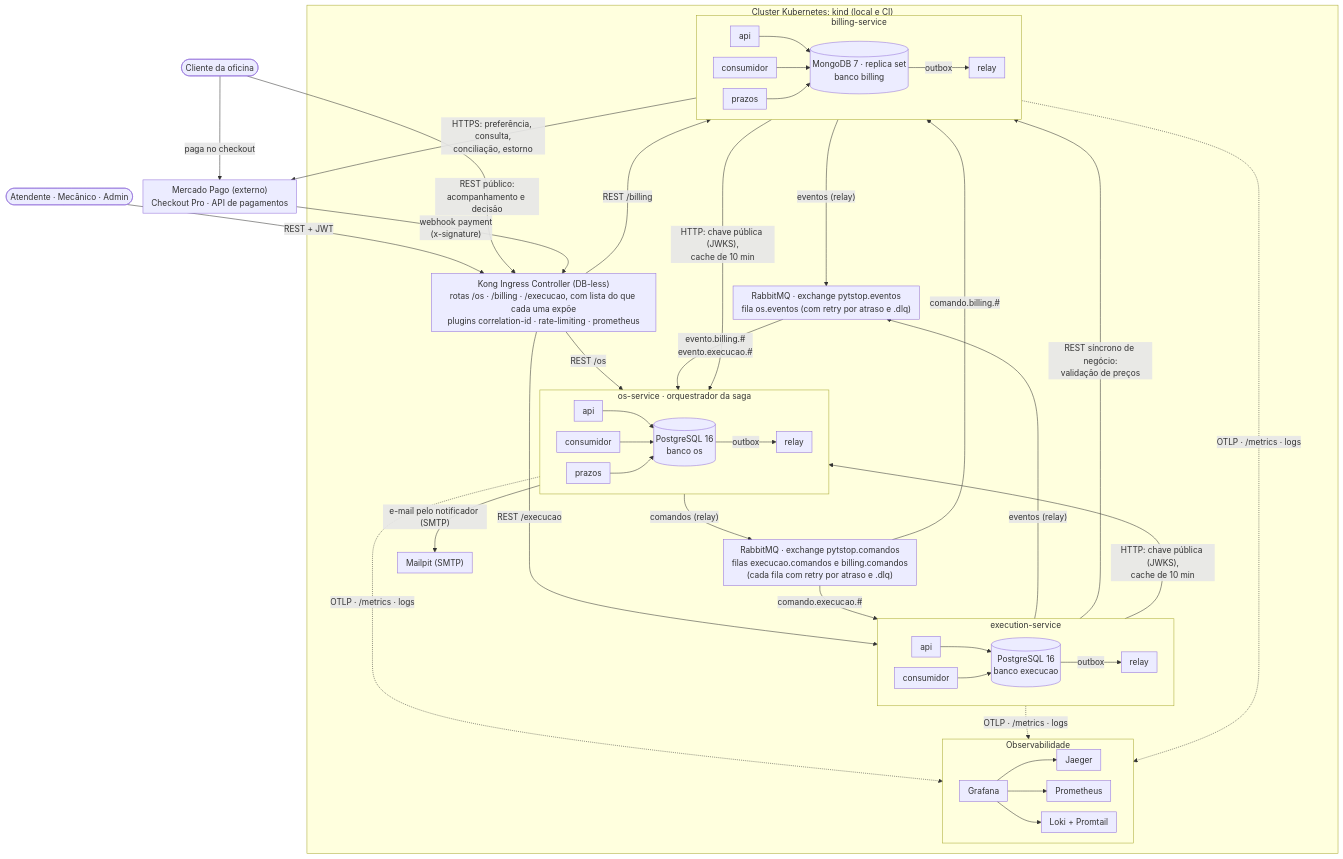
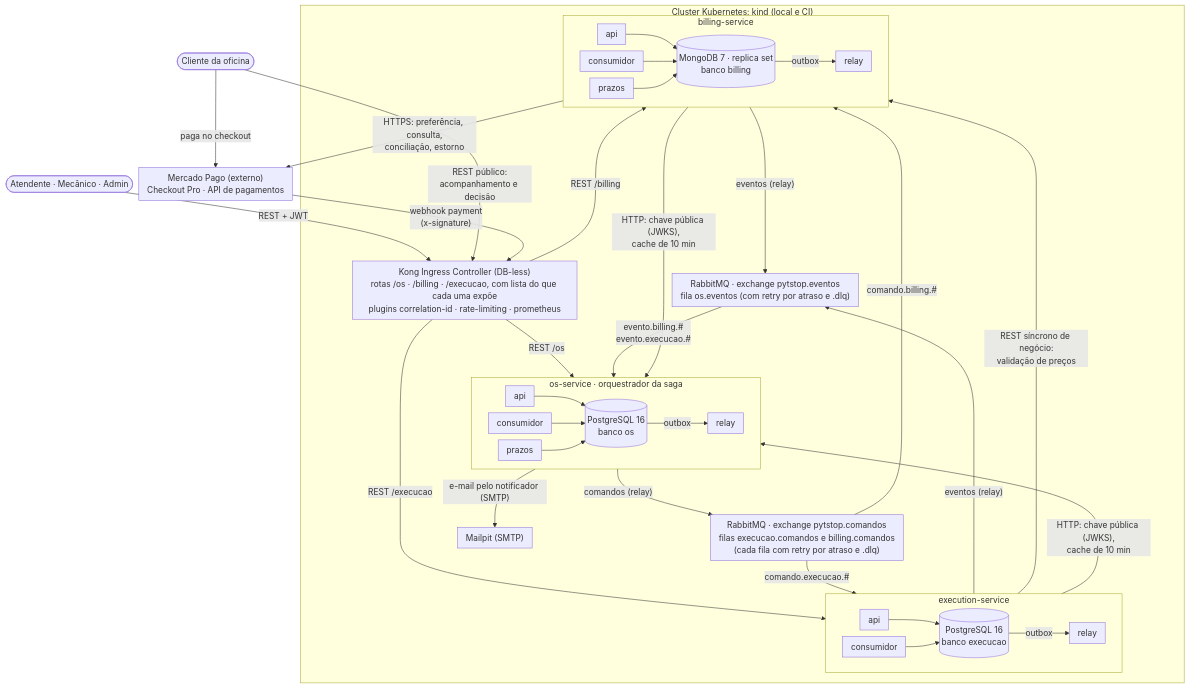
The second of 16 diagrams in docs/arquitetura/rfc/fase4/rfc-004-microsservicos-saga.md (fiap-postech-sw-architecture/postech-sw-arch-p4-platform), drawn with Mermaid before and after one commit. The commit also changed other lines of this file and 7 other files, not shown here.

Commit message:
docs: letra dos diagramas do PDF, recorte do ruleset e Como ler (#45)

````diff
--- a/docs/arquitetura/rfc/fase4/rfc-004-microsservicos-saga.md
+++ b/docs/arquitetura/rfc/fase4/rfc-004-microsservicos-saga.md
@@ -121,73 +121,65 @@
 ```mermaid
 ---
 config:
   flowchart:
     wrappingWidth: 400
-    nodeSpacing: 20
+    nodeSpacing: 12
     rankSpacing: 40
     padding: 8
 ---
 flowchart TB
     interno(["Atendente · Mecânico · Admin"])
     cliente(["Cliente da oficina"])
 
     subgraph k8s["Cluster Kubernetes: kind (local e CI)"]
         kong["Kong Ingress Controller (DB-less)<br/>rotas /os · /billing · /execucao, com lista do que cada uma expõe<br/>plugins correlation-id · rate-limiting · prometheus"]
 
         subgraph os["os-service · orquestrador da saga"]
             direction LR
             os_api["api"] --> os_db
             os_cons["consumidor"] --> os_db
             os_prazos["prazos"] --> os_db
             os_db[("PostgreSQL 16<br/>banco os")] -->|"outbox"| os_relay["relay"]
         end
 
         cmd["RabbitMQ · exchange pytstop.comandos<br/>filas execucao.comandos e billing.comandos<br/>(cada fila com retry por atraso e .dlq)"]
 
         subgraph exe["execution-service"]
             direction LR
             exe_api["api"] --> exe_db
             exe_cons["consumidor"] --> exe_db
             exe_db[("PostgreSQL 16<br/>banco execucao")] -->|"outbox"| exe_relay["relay"]
         end
 
         subgraph bil["billing-service"]
             direction LR
             bil_api["api"] --> bil_db
             bil_cons["consumidor"] --> bil_db
             bil_prazos["prazos"] --> bil_db
             bil_db[("MongoDB 7 · replica set<br/>banco billing")] -->|"outbox"| bil_relay["relay"]
         end
 
         evt["RabbitMQ · exchange pytstop.eventos<br/>fila os.eventos (com retry por atraso e .dlq)"]
         mailpit["Mailpit (SMTP)"]
-
-        subgraph obs["Observabilidade"]
-            direction LR
-            grafana["Grafana"] --> jaeger["Jaeger"]
-            grafana --> prom["Prometheus"]
-            grafana --> loki["Loki + Promtail"]
-        end
     end
 
     mp["Mercado Pago (externo)<br/>Checkout Pro · API de pagamentos"]
 
     interno -->|"REST + JWT"| kong
     cliente -->|"REST público:<br/>acompanhamento e decisão"| kong
     kong -->|"REST /os"| os
     kong -->|"REST /execucao"| exe
     kong -->|"REST /billing"| bil
     os -->|"comandos (relay)"| cmd
     cmd -->|"comando.execucao.#"| exe
     cmd -->|"comando.billing.#"| bil
     exe -->|"eventos (relay)"| evt
     bil -->|"eventos (relay)"| evt
     evt -->|"evento.billing.#<br/>evento.execucao.#"| os
     exe -->|"REST síncrono de negócio:<br/>validação de preços"| bil
     exe & bil -->|"HTTP: chave pública (JWKS),<br/>cache de 10 min"| os
     bil -->|"HTTPS: preferência, consulta,<br/>conciliação, estorno"| mp
     mp -->|"webhook payment<br/>(x-signature)"| kong
     cliente -->|"paga no checkout"| mp
     os -->|"e-mail pelo notificador (SMTP)"| mailpit
-    os & exe & bil -.->|"OTLP · /metrics · logs"| obs
 ```
````
